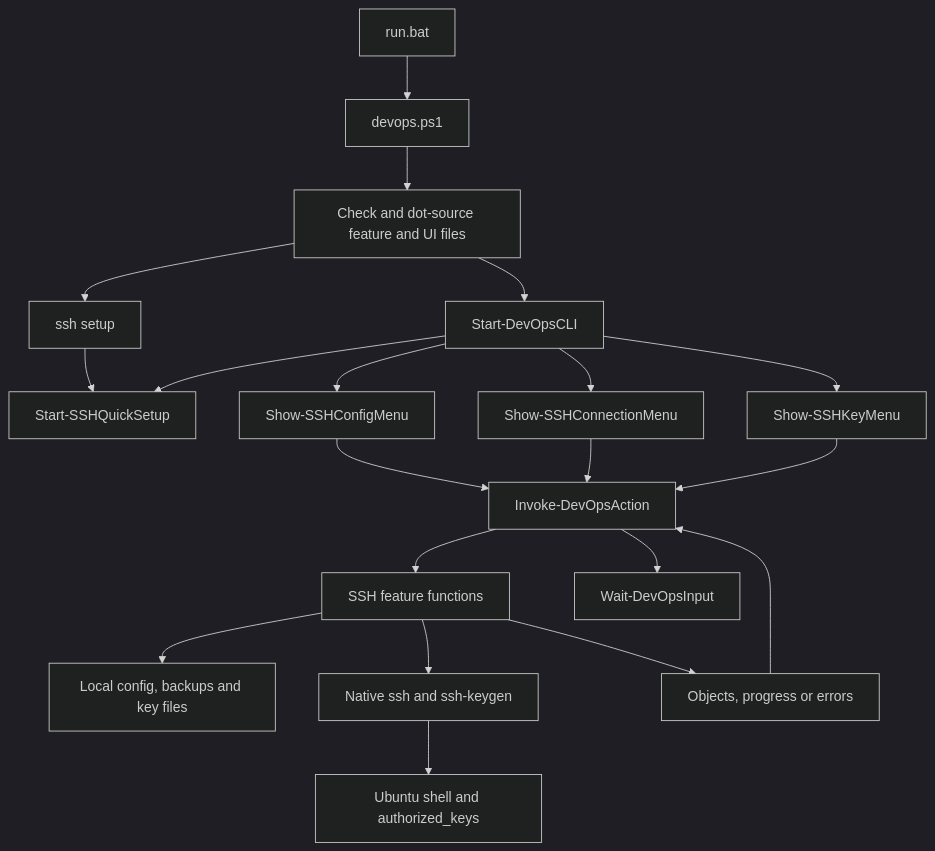
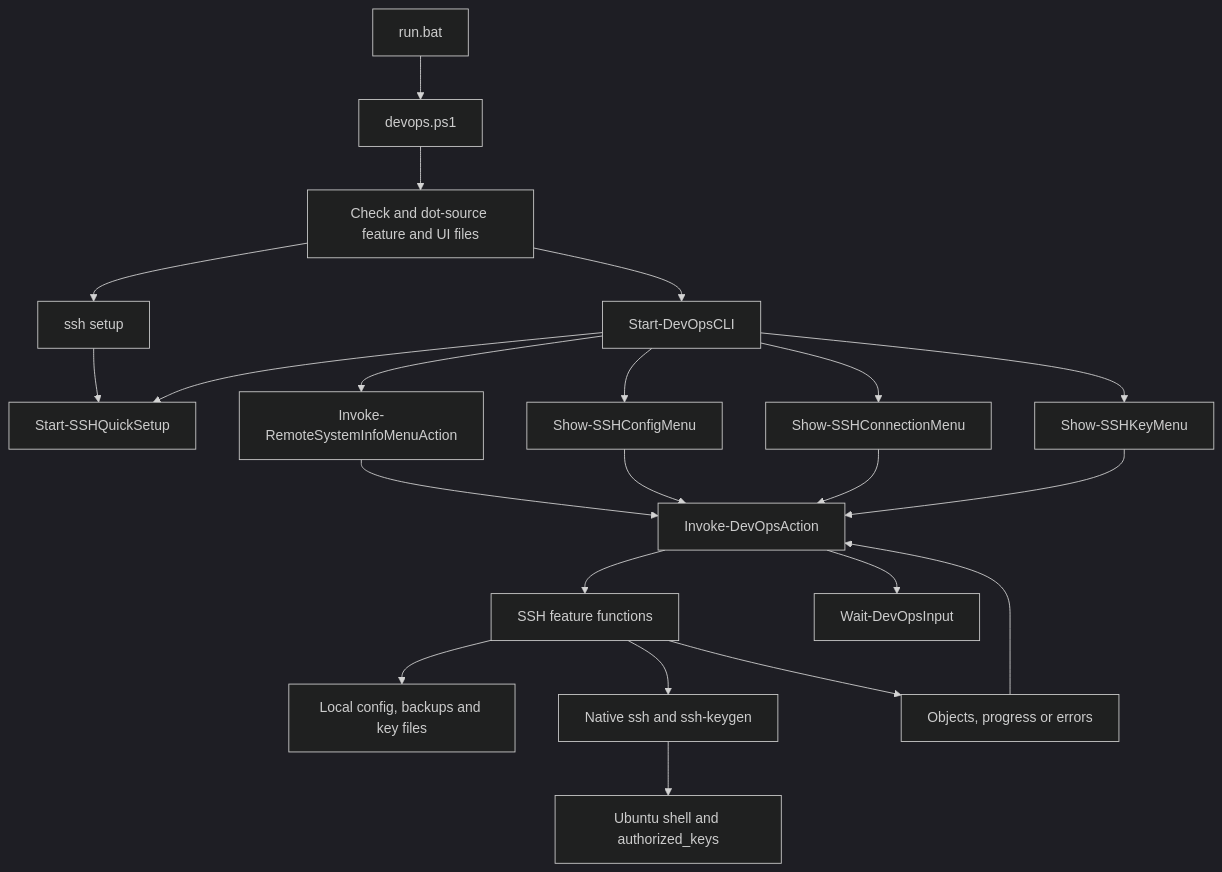
One commit to Eqooid/devops-cli changed the diagram in docs/developer/architecture.md. Above: the diagram before and after it, drawn with Mermaid (dark theme). The commit also changed other lines of this file and 16 other files, not shown here.

First line of the commit message:
feat(ssh): implement T14 remote command execution and system information

````diff
--- a/docs/developer/architecture.md
+++ b/docs/developer/architecture.md
@@ -22,22 +22,24 @@
 ```mermaid
 flowchart TD
     BAT[run.bat] --> ENTRY[devops.ps1]
     ENTRY --> LOAD[Check and dot-source feature and UI files]
     LOAD --> MAIN[Start-DevOpsCLI]
     LOAD --> COMMAND[ssh setup]
     COMMAND --> SETUP[Start-SSHQuickSetup]
     MAIN --> SETUP
     MAIN --> CONFIG[Show-SSHConfigMenu]
     MAIN --> CONNECTION[Show-SSHConnectionMenu]
     MAIN --> KEY[Show-SSHKeyMenu]
+    MAIN --> INFO[Invoke-RemoteSystemInfoMenuAction]
+    INFO --> ACTION
     CONFIG --> ACTION[Invoke-DevOpsAction]
     CONNECTION --> ACTION
     KEY --> ACTION
     ACTION --> FUNCTIONS[SSH feature functions]
     FUNCTIONS --> LOCAL[Local config, backups and key files]
     FUNCTIONS --> SSH[Native ssh and ssh-keygen]
     SSH --> REMOTE[Ubuntu shell and authorized_keys]
     FUNCTIONS --> OUTPUT[Objects, progress or errors]
     OUTPUT --> ACTION
     ACTION --> WAIT[Wait-DevOpsInput]
 ```
````
